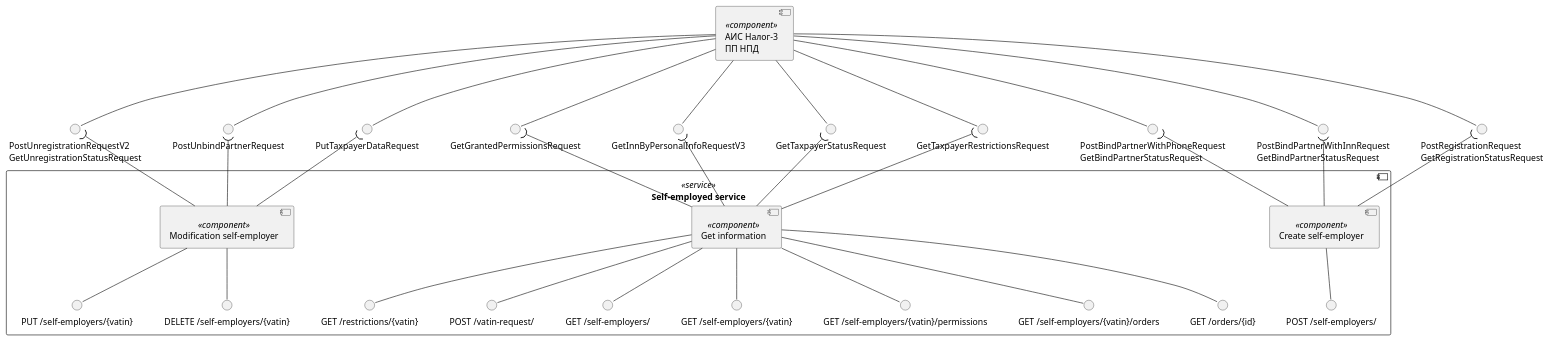
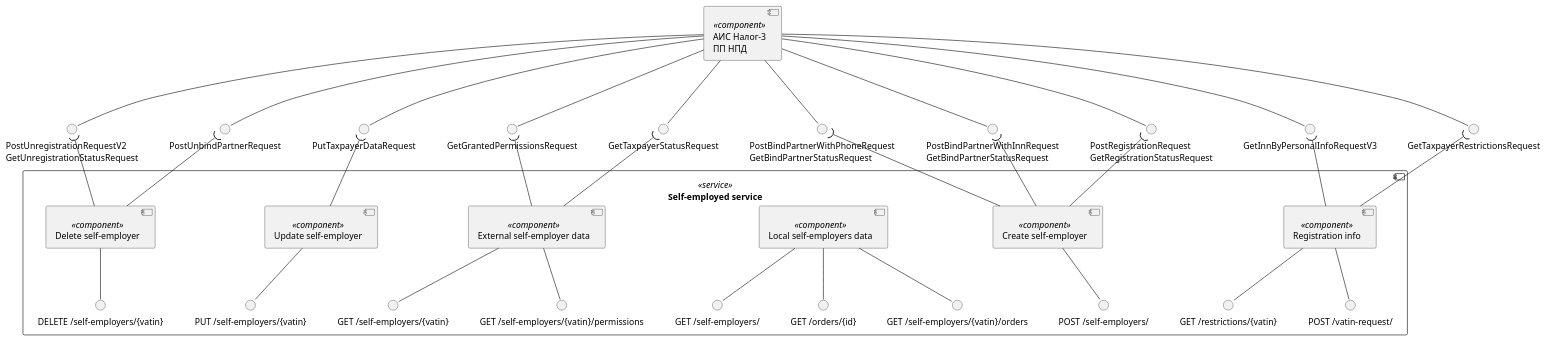
The first of 6 diagrams in diagrams/self-employed-service/components.puml (RaikBitters/ibank-internal-services), drawn with PlantUML before and after one commit. The commit also changed 1 other file, not shown here.

Commit message:
Updated diagrams.

```diff
--- a/diagrams/self-employed-service/components.puml
+++ b/diagrams/self-employed-service/components.puml
@@ -1,72 +1,81 @@
 @startuml self-employer-components
 
 component "АИС Налог-3\nПП НПД" as Tax3 <<component>>
 interface "GetTaxpayerRestrictionsRequest" as getTaxpayerRestrictions
 interface "PostRegistrationRequest\nGetRegistrationStatusRequest" as postTaxpayerRegistration
 interface "GetTaxpayerStatusRequest" as getTaxpayerStatus
 interface "PutTaxpayerDataRequest" as putTaxpayerData
 interface "GetGrantedPermissionsRequest" as getGrantedPermission
 interface "GetInnByPersonalInfoRequestV3" as getInnByPersonalInfo
 interface "PostBindPartnerWithInnRequest\nGetBindPartnerStatusRequest" as postPartnerBindInn
 interface "PostBindPartnerWithPhoneRequest\nGetBindPartnerStatusRequest" as postPartnerBindPhone
 interface "PostUnbindPartnerRequest" as postPartnerUnbind
 interface "PostUnregistrationRequestV2\nGetUnregistrationStatusRequest" as postTaxpayerUnregistration
 
 Tax3 --() getTaxpayerRestrictions
 Tax3 --() postTaxpayerRegistration
 Tax3 --() getTaxpayerStatus
 Tax3 --() putTaxpayerData
 Tax3 --() postPartnerBindInn
 Tax3 --() postPartnerBindPhone
 Tax3 --() postTaxpayerUnregistration
 Tax3 --() postPartnerUnbind
 Tax3 --() getGrantedPermission
 Tax3 --() getInnByPersonalInfo
 
 component "Self-employed service" as SelfEmplService <<service>> {
 
+component "Registration info" as RegInfo <<component>>
+interface "GET /restrictions/{vatin}" as getRestrictions
+interface "POST /vatin-request/" as postVatinRequest
+
+RegInfo -up-( getTaxpayerRestrictions
+RegInfo -up-( getInnByPersonalInfo
+
+RegInfo --() getRestrictions
+RegInfo --() postVatinRequest
+
 component "Create self-employer" as CreateSelfEmpl <<component>>
 interface "POST /self-employers/" as postSelfEmpls
+
 CreateSelfEmpl --() postSelfEmpls
 
 CreateSelfEmpl -up-( postTaxpayerRegistration
 CreateSelfEmpl -up-( postPartnerBindInn
 CreateSelfEmpl -up-( postPartnerBindPhone
 
-component "Get information" as Information <<component>>
-interface "GET /restrictions/{vatin}" as getRestrictions
-interface "POST /vatin-request/" as postVatinRequest
+component "Local self-employers data" as Local <<component>>
 interface "GET /self-employers/" as getSelfEmpls
 interface "GET /self-employers/{vatin}" as getSelfEmplsId
+interface "GET /orders/{id}" as getOrdersId
+interface "GET /self-employers/{vatin}/orders" as getSelfEmplsIdOrders
 interface "GET /self-employers/{vatin}/permissions" as getSelfEmplsIdPermission
-interface "GET /self-employers/{vatin}/orders" as getSelfEmplsIdOrders
-interface "GET /orders/{id}" as getOrdersId
 
-Information --() getSelfEmpls
-Information --() getSelfEmplsId
-Information --() getOrdersId
-Information --() getSelfEmplsIdOrders
-Information --() getSelfEmplsIdPermission
-Information --() getRestrictions
-Information --() postVatinRequest
-
-Information -up-( getTaxpayerRestrictions
-Information -up-( getTaxpayerStatus
-Information -up-( getInnByPersonalInfo
-Information -up-( getGrantedPermission
+Local --() getSelfEmpls
+Local --() getOrdersId
+Local --() getSelfEmplsIdOrders
 
 
-Component "Modification self-employer" as Modification <<component>>
+component "External self-employer data" as External <<component>>
+External --() getSelfEmplsId
+External --() getSelfEmplsIdPermission
+
+External -up-( getTaxpayerStatus
+External -up-( getGrantedPermission
+
+Component "Update self-employer" as Update <<component>>
 interface "PUT /self-employers/{vatin}" as putSelfEmplsId
+Update --() putSelfEmplsId
+Update -up-( putTaxpayerData
+
+
+Component "Delete self-employer" as Delete <<component>>
 interface "DELETE /self-employers/{vatin}" as delSelfEmplsId
 
-Modification --() putSelfEmplsId
-Modification --() delSelfEmplsId
-
-Modification -up-( putTaxpayerData
-Modification -up-( postPartnerUnbind
-Modification -up-( postTaxpayerUnregistration
+Delete --() delSelfEmplsId
+Delete -up-( postPartnerUnbind
+Delete -up-( postTaxpayerUnregistration
 
 }
 
 @enduml
```
